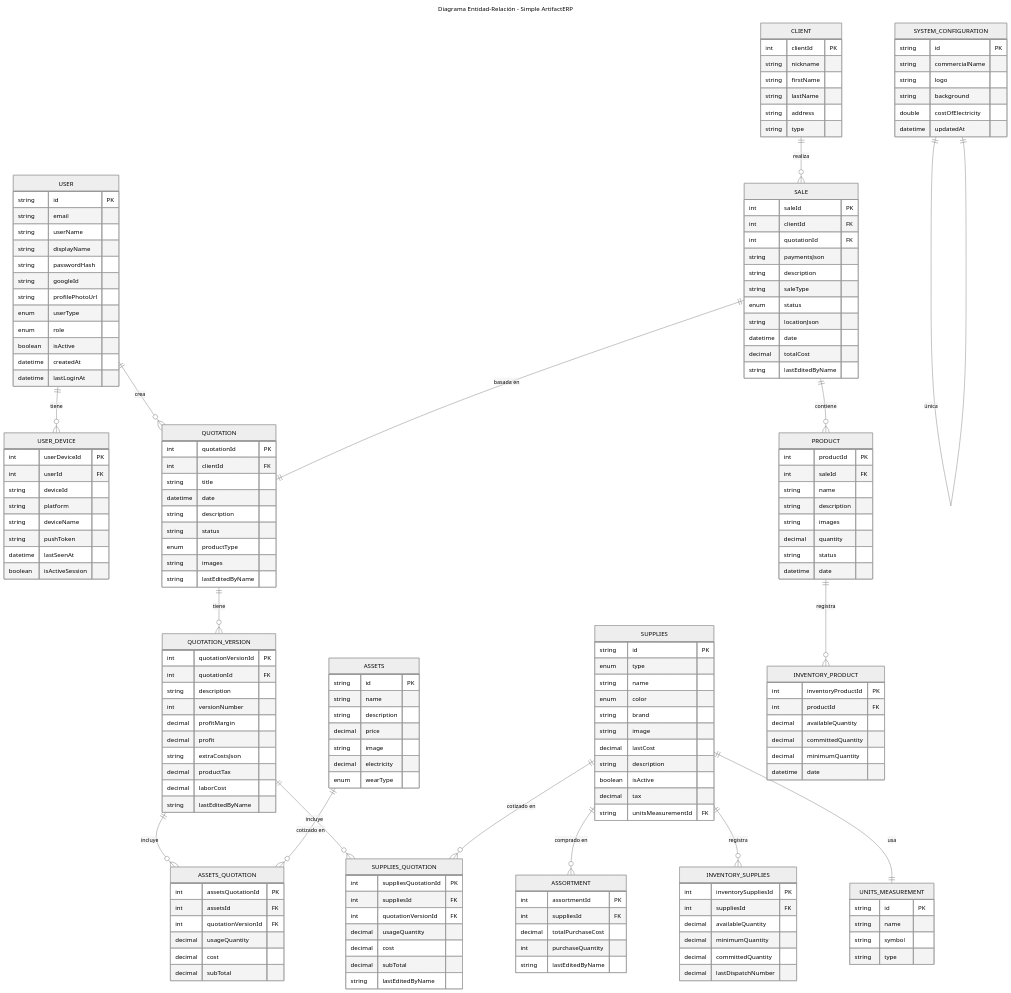
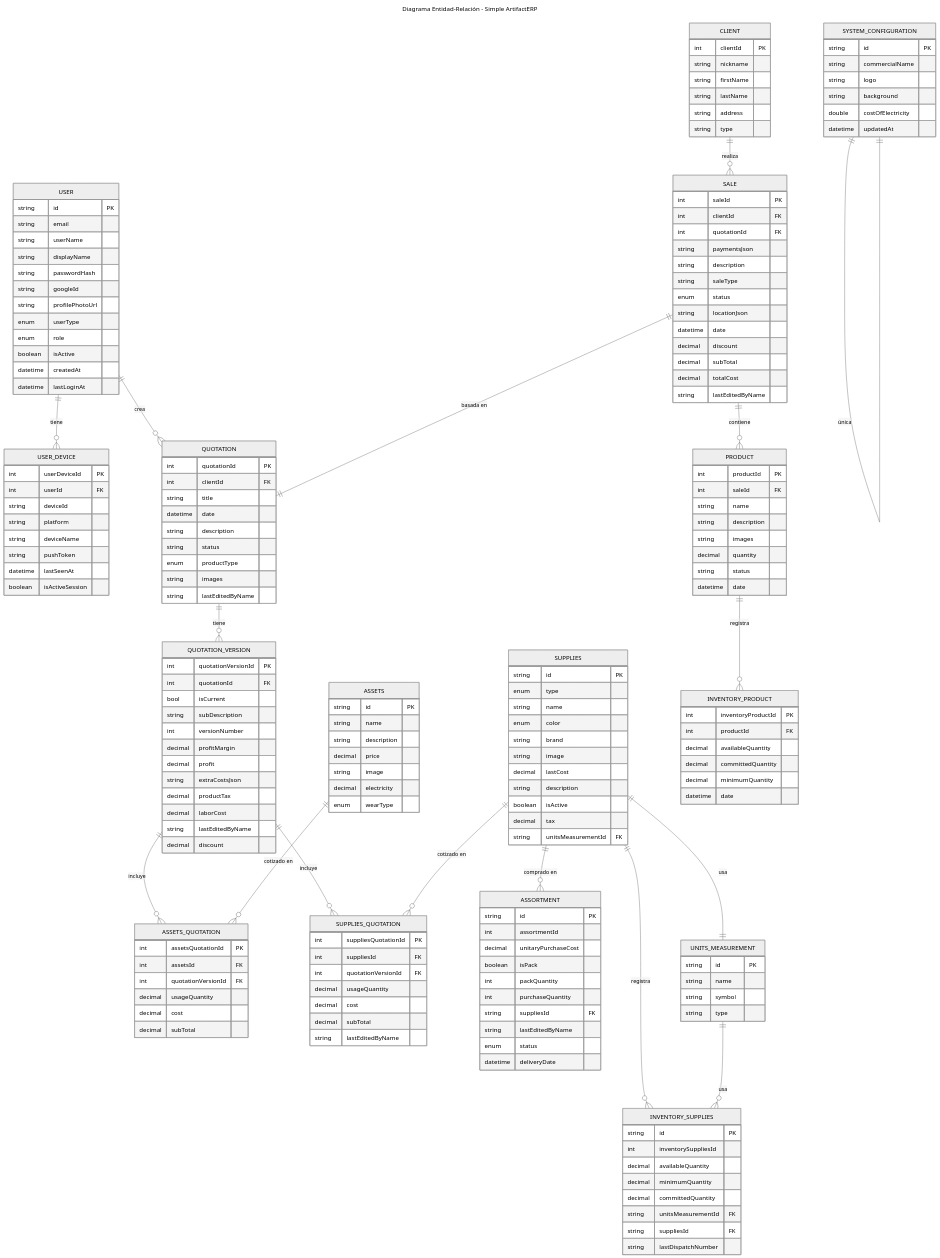
One commit to J3susAlf/simple-artifacterp-back changed the diagram in docs/DiagramER.mmd. Above: the diagram before and after it, drawn with Mermaid (neutral theme). The commit also changed 27 other files, not shown here.

```diff
--- a/docs/DiagramER.mmd
+++ b/docs/DiagramER.mmd
@@ -16,6 +16,7 @@
     SUPPLIES ||--o{ ASSORTMENT : "comprado en"
     SUPPLIES ||--o{ INVENTORY_SUPPLIES : "registra"
     SUPPLIES ||--|| UNITS_MEASUREMENT : "usa"
+    UNITS_MEASUREMENT ||--o{ INVENTORY_SUPPLIES : "usa"
     PRODUCT ||--o{ INVENTORY_PRODUCT : "registra"
     SYSTEM_CONFIGURATION ||--|| SYSTEM_CONFIGURATION : "única"
 
@@ -64,6 +65,8 @@
         enum status
         string locationJson
         datetime date
+        decimal discount
+        decimal subTotal
         decimal totalCost
         string lastEditedByName
     }
@@ -94,7 +97,8 @@
     QUOTATION_VERSION {
         int quotationVersionId PK
         int quotationId FK
-        string description
+        bool isCurrent
+        string subDescription
         int versionNumber
         decimal profitMargin
         decimal profit
@@ -102,6 +106,7 @@
         decimal productTax
         decimal laborCost
         string lastEditedByName
+        decimal discount
     }
 
     ASSETS_QUOTATION {
@@ -155,20 +160,27 @@
     }
 
     ASSORTMENT {
-        int assortmentId PK
-        int suppliesId FK
-        decimal totalPurchaseCost
+        string id PK
+        int assortmentId
+        decimal unitaryPurchaseCost
+        boolean isPack
+        int packQuantity
         int purchaseQuantity
+        string suppliesId FK
         string lastEditedByName
+        enum status
+        datetime deliveryDate
     }
 
     INVENTORY_SUPPLIES {
-        int inventorySuppliesId PK
-        int suppliesId FK
+        string id PK
+        int inventorySuppliesId
         decimal availableQuantity
         decimal minimumQuantity
         decimal committedQuantity
-        decimal lastDispatchNumber
+        string unitsMeasurementId FK
+        string suppliesId FK
+        string lastDispatchNumber
     }
 
     INVENTORY_PRODUCT {
```
